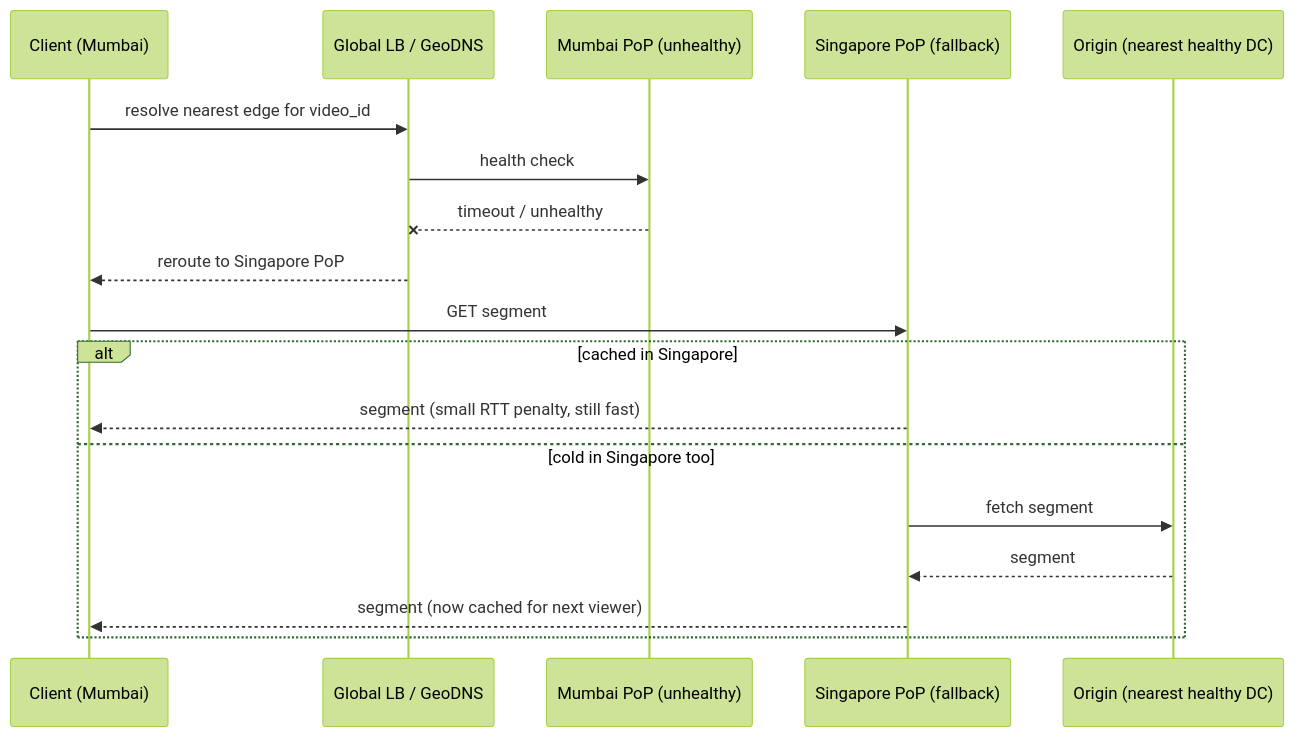
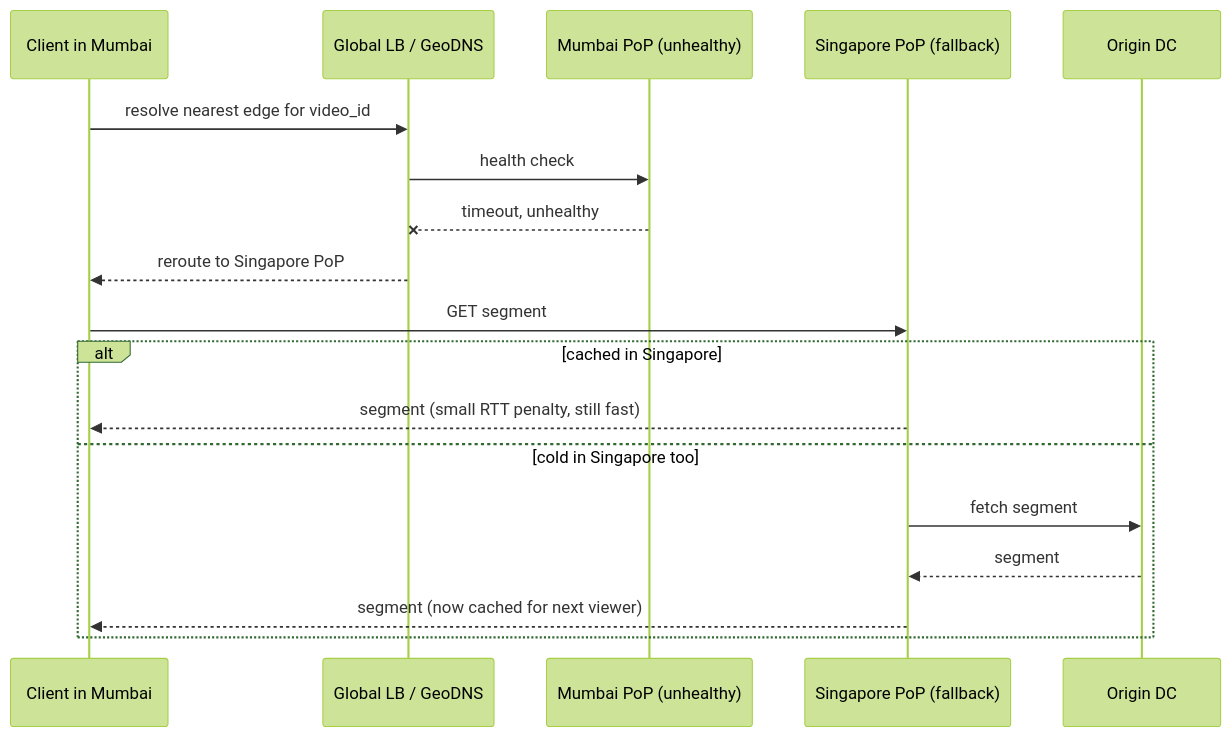
One commit to riyaz-pasha/Learnings changed diagram 17 of 24 in system-design/HLD/0-course/26-Design YouTube-FAANG-Guide.md. Above: the diagram before and after it, drawn with Mermaid (forest theme). The commit also changed other lines of this file and 1 other file, not shown here.

Commit message:
docs: simplify language and clean up mermaid diagrams in YouTube design guide

````diff
--- a/system-design/HLD/0-course/26-Design YouTube-FAANG-Guide.md
+++ b/system-design/HLD/0-course/26-Design YouTube-FAANG-Guide.md
@@ -637,21 +753,21 @@
 ```mermaid
 sequenceDiagram
-    participant C as Client (Mumbai)
+    participant C as Client in Mumbai
     participant GLB as Global LB / GeoDNS
     participant PoP1 as Mumbai PoP (unhealthy)
     participant PoP2 as Singapore PoP (fallback)
-    participant Origin as Origin (nearest healthy DC)
+    participant Origin as Origin DC
 
     C->>GLB: resolve nearest edge for video_id
     GLB->>PoP1: health check
-    PoP1--xGLB: timeout / unhealthy
+    PoP1--xGLB: timeout, unhealthy
     GLB-->>C: reroute to Singapore PoP
     C->>PoP2: GET segment
     alt cached in Singapore
         PoP2-->>C: segment (small RTT penalty, still fast)
     else cold in Singapore too
         PoP2->>Origin: fetch segment
         Origin-->>PoP2: segment
         PoP2-->>C: segment (now cached for next viewer)
     end
 ```
````
